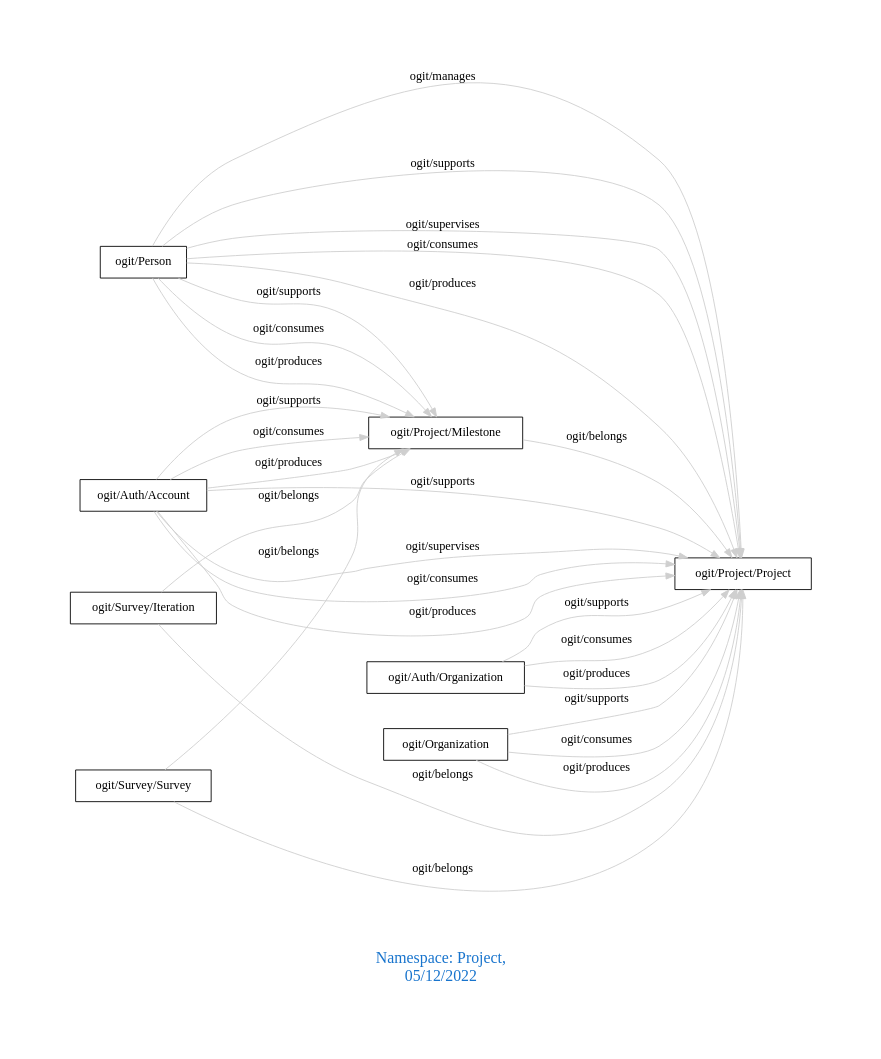
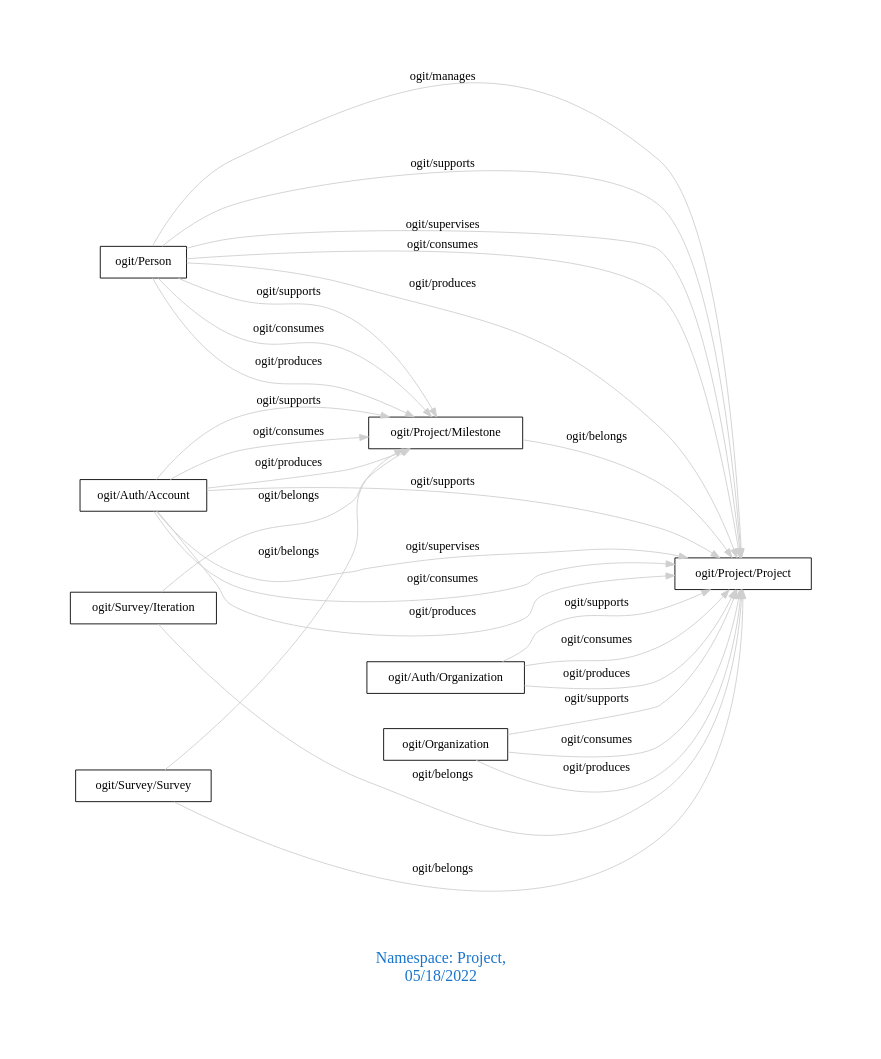
The diagram in downloads/Project.dot (arago/OGIT), drawn with Graphviz before and after one commit. The commit also changed 1927 other files, not shown here.

```diff
--- a/downloads/Project.dot
+++ b/downloads/Project.dot
@@ -1,34 +1,34 @@
 digraph OGIT_ontology {
  graph [ rankdir= LR,pad=1 
 fontsize = 18,
-fontcolor= dodgerblue3,label = "\n\n\nNamespace: Project, \n 05/12/2022"];
+fontcolor= dodgerblue3,label = "\n\n\nNamespace: Project, \n 05/18/2022"];
 node[shape=polygon];
 edge [  color="gray81"];
 
    "ogit/Person" -> "ogit/Project/Project" [label="   ogit/manages    "];
    "ogit/Auth/Account" -> "ogit/Project/Milestone" [label="   ogit/supports    "];
    "ogit/Auth/Account" -> "ogit/Project/Project" [label="   ogit/supports    "];
    "ogit/Auth/Organization" -> "ogit/Project/Project" [label="   ogit/supports    "];
    "ogit/Organization" -> "ogit/Project/Project" [label="   ogit/supports    "];
    "ogit/Person" -> "ogit/Project/Milestone" [label="   ogit/supports    "];
    "ogit/Person" -> "ogit/Project/Project" [label="   ogit/supports    "];
    "ogit/Auth/Account" -> "ogit/Project/Project" [label="   ogit/supervises    "];
    "ogit/Person" -> "ogit/Project/Project" [label="   ogit/supervises    "];
    "ogit/Auth/Account" -> "ogit/Project/Milestone" [label="   ogit/consumes    "];
    "ogit/Auth/Account" -> "ogit/Project/Project" [label="   ogit/consumes    "];
    "ogit/Auth/Organization" -> "ogit/Project/Project" [label="   ogit/consumes    "];
    "ogit/Organization" -> "ogit/Project/Project" [label="   ogit/consumes    "];
    "ogit/Person" -> "ogit/Project/Milestone" [label="   ogit/consumes    "];
    "ogit/Person" -> "ogit/Project/Project" [label="   ogit/consumes    "];
    "ogit/Auth/Account" -> "ogit/Project/Milestone" [label="   ogit/produces    "];
    "ogit/Auth/Account" -> "ogit/Project/Project" [label="   ogit/produces    "];
    "ogit/Auth/Organization" -> "ogit/Project/Project" [label="   ogit/produces    "];
    "ogit/Organization" -> "ogit/Project/Project" [label="   ogit/produces    "];
    "ogit/Person" -> "ogit/Project/Milestone" [label="   ogit/produces    "];
    "ogit/Person" -> "ogit/Project/Project" [label="   ogit/produces    "];
    "ogit/Project/Milestone" -> "ogit/Project/Project" [label="   ogit/belongs    "];
    "ogit/Survey/Iteration" -> "ogit/Project/Milestone" [label="   ogit/belongs    "];
    "ogit/Survey/Iteration" -> "ogit/Project/Project" [label="   ogit/belongs    "];
    "ogit/Survey/Survey" -> "ogit/Project/Milestone" [label="   ogit/belongs    "];
    "ogit/Survey/Survey" -> "ogit/Project/Project" [label="   ogit/belongs    "];
 }
```
